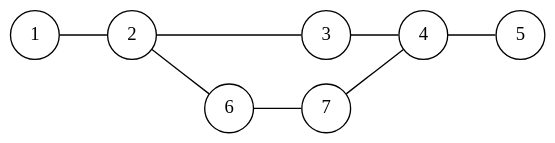
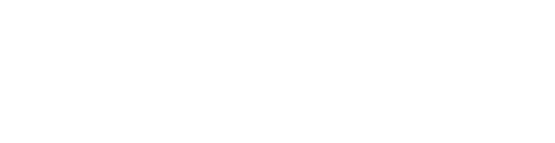
The fifth of 11 diagrams in blog.org (correl/correl.github.io), drawn with Graphviz before and after one commit. The commit also changed other lines of this file and 20 other files, not shown here.

Commit message:
Fix git graph post to work with hugo

```diff
--- a/blog.org
+++ b/blog.org
@@ -1385,12 +1358,12 @@
-#+begin_src dot :file (vector-image "graph-topo")
+#+begin_src dot :file git-graphs-topo.svg
   digraph G {
           rankdir="LR";
           bgcolor="transparent";
-          node[width=0.15, height=0.15, shape=circle];
-          edge[weight=2, arrowhead=none];
+          node[width=0.15, height=0.15, shape=circle, color=white, fontcolor=white];
+          edge[weight=2, arrowhead=none, color=white];
           node[group=main];
           1 -> 2 -> 3 -> 4 -> 5;
           node[group=branch1];
           2 -> 6 -> 7 -> 4;
   }
 #+end_src
```
